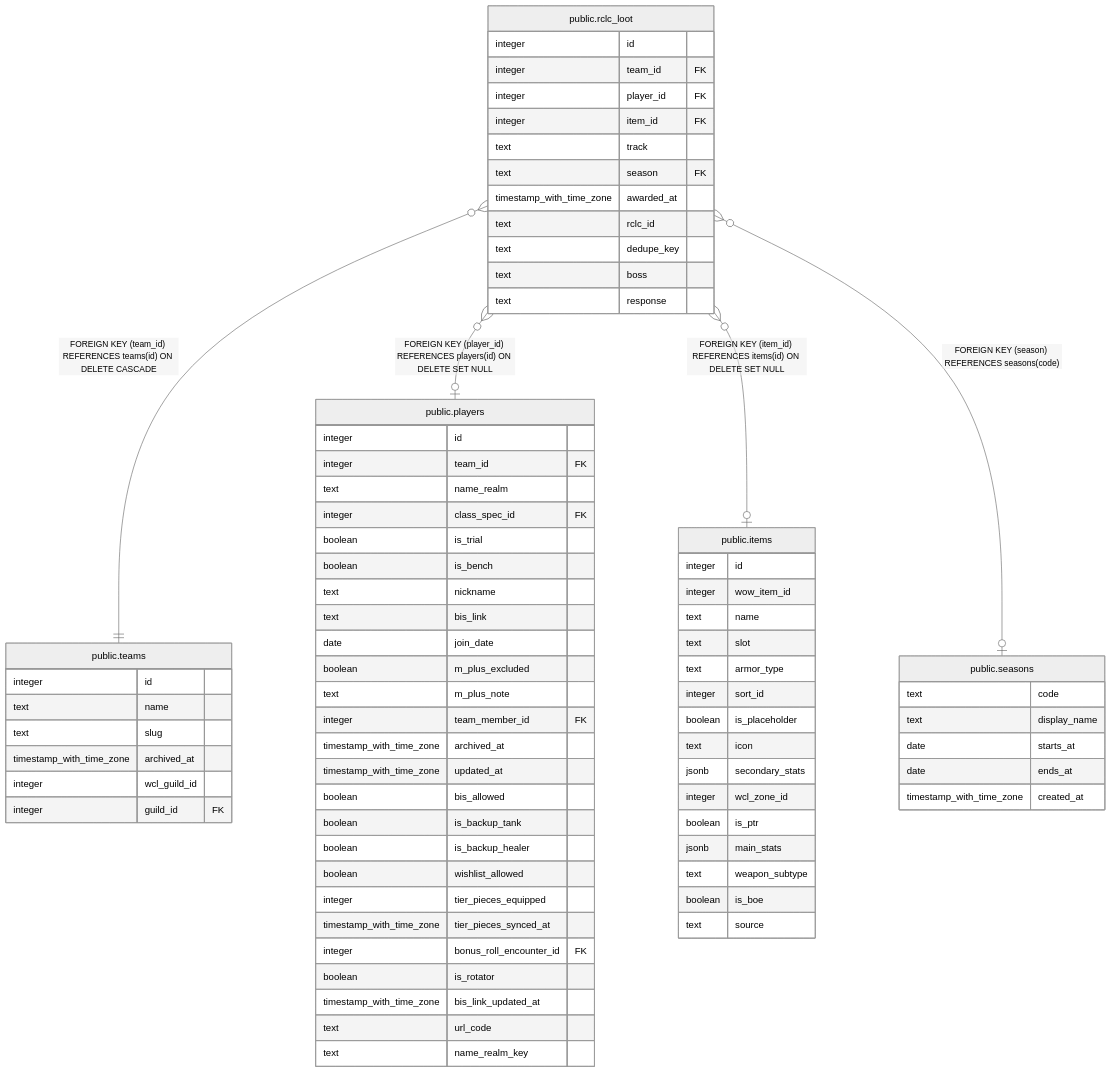
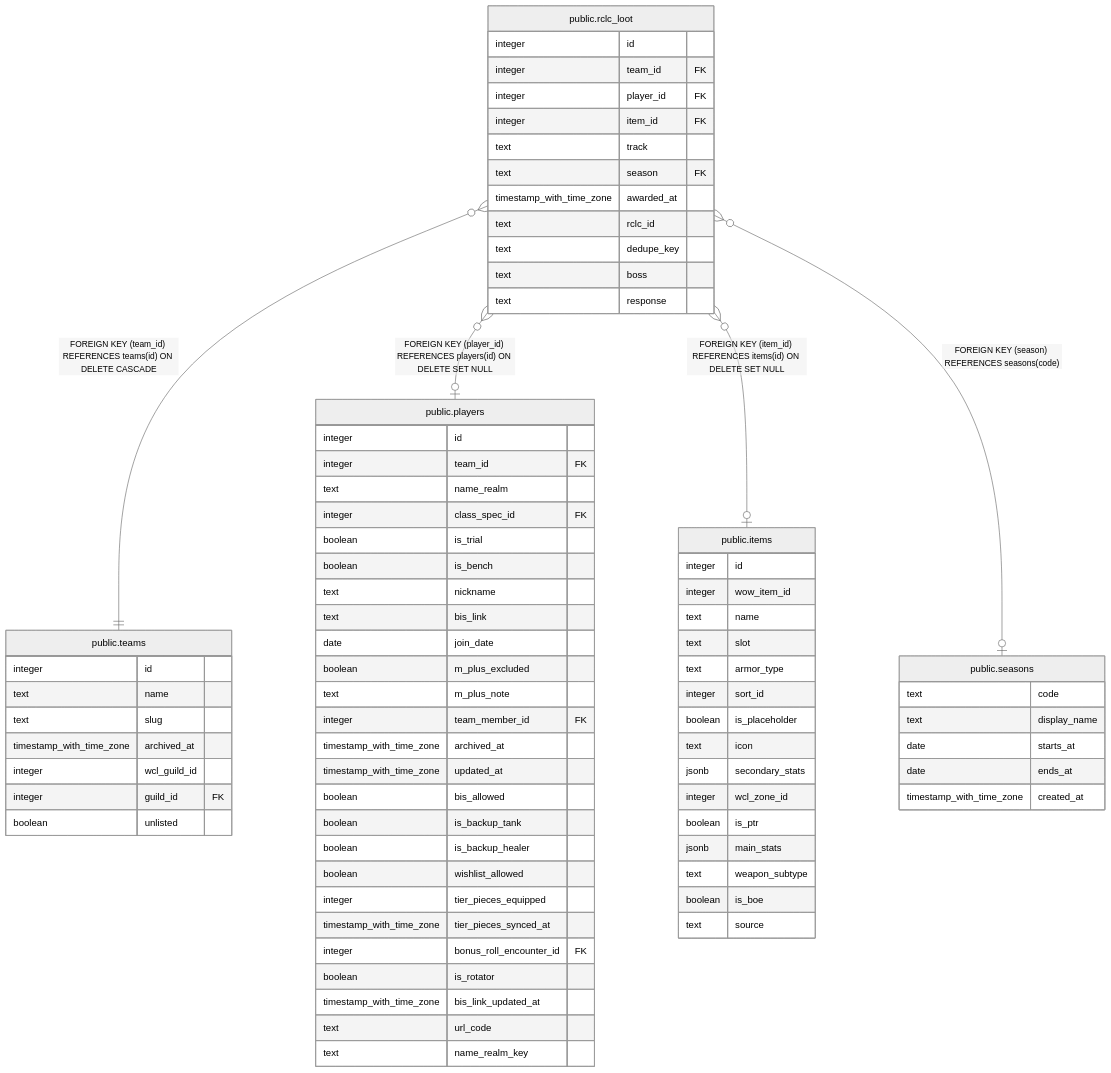
One commit to katogaming88/WGA-Raid-Hub changed the diagram in dbdoc/public.rclc_loot.md. Above: the diagram before and after it, drawn with Mermaid (neutral theme). The commit also changed 68 other files, not shown here.

````diff
--- a/dbdoc/public.rclc_loot.md
+++ b/dbdoc/public.rclc_loot.md
@@ -46,81 +46,82 @@
 ```mermaid
 erDiagram
 
 "public.rclc_loot" }o--|| "public.teams" : "FOREIGN KEY (team_id) REFERENCES teams(id) ON DELETE CASCADE"
 "public.rclc_loot" }o--o| "public.players" : "FOREIGN KEY (player_id) REFERENCES players(id) ON DELETE SET NULL"
 "public.rclc_loot" }o--o| "public.items" : "FOREIGN KEY (item_id) REFERENCES items(id) ON DELETE SET NULL"
 "public.rclc_loot" }o--o| "public.seasons" : "FOREIGN KEY (season) REFERENCES seasons(code)"
 
 "public.rclc_loot" {
   integer id
   integer team_id FK
   integer player_id FK
   integer item_id FK
   text track
   text season FK
   timestamp_with_time_zone awarded_at
   text rclc_id
   text dedupe_key
   text boss
   text response
 }
 "public.teams" {
   integer id
   text name
   text slug
   timestamp_with_time_zone archived_at
   integer wcl_guild_id
   integer guild_id FK
+  boolean unlisted
 }
 "public.players" {
   integer id
   integer team_id FK
   text name_realm
   integer class_spec_id FK
   boolean is_trial
   boolean is_bench
   text nickname
   text bis_link
   date join_date
   boolean m_plus_excluded
   text m_plus_note
   integer team_member_id FK
   timestamp_with_time_zone archived_at
   timestamp_with_time_zone updated_at
   boolean bis_allowed
   boolean is_backup_tank
   boolean is_backup_healer
   boolean wishlist_allowed
   integer tier_pieces_equipped
   timestamp_with_time_zone tier_pieces_synced_at
   integer bonus_roll_encounter_id FK
   boolean is_rotator
   timestamp_with_time_zone bis_link_updated_at
   text url_code
   text name_realm_key
 }
 "public.items" {
   integer id
   integer wow_item_id
   text name
   text slot
   text armor_type
   integer sort_id
   boolean is_placeholder
   text icon
   jsonb secondary_stats
   integer wcl_zone_id
   boolean is_ptr
   jsonb main_stats
   text weapon_subtype
   boolean is_boe
   text source
 }
 "public.seasons" {
   text code
   text display_name
   date starts_at
   date ends_at
   timestamp_with_time_zone created_at
 }
 ```
````
